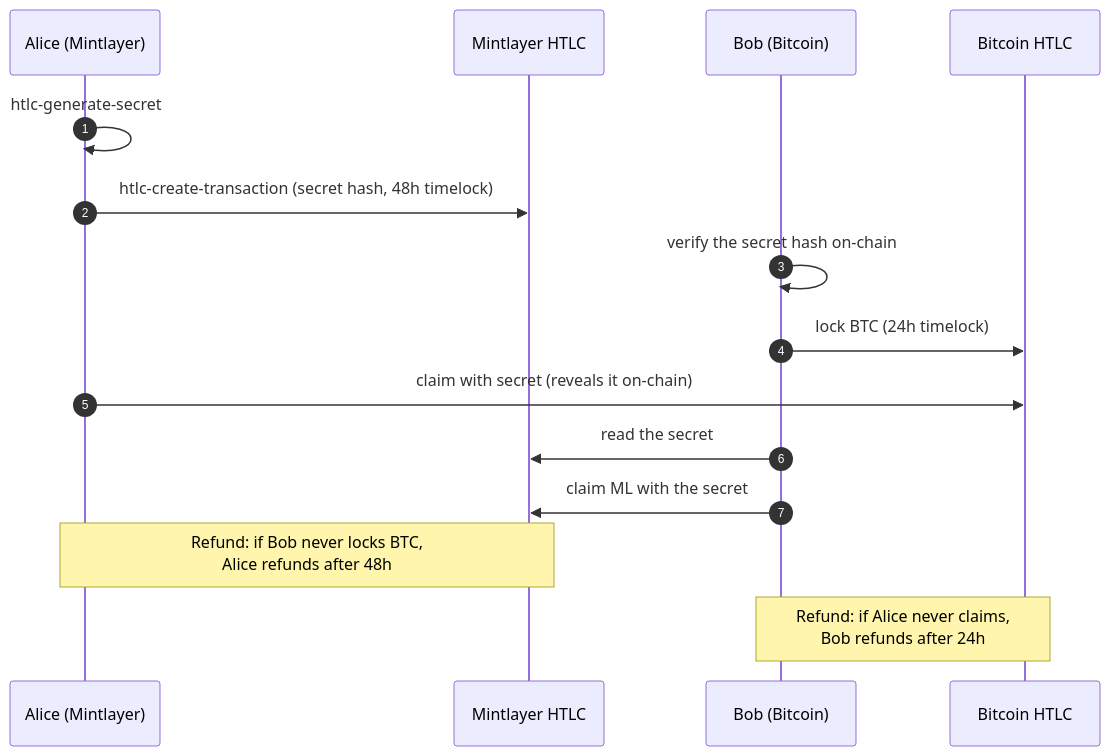
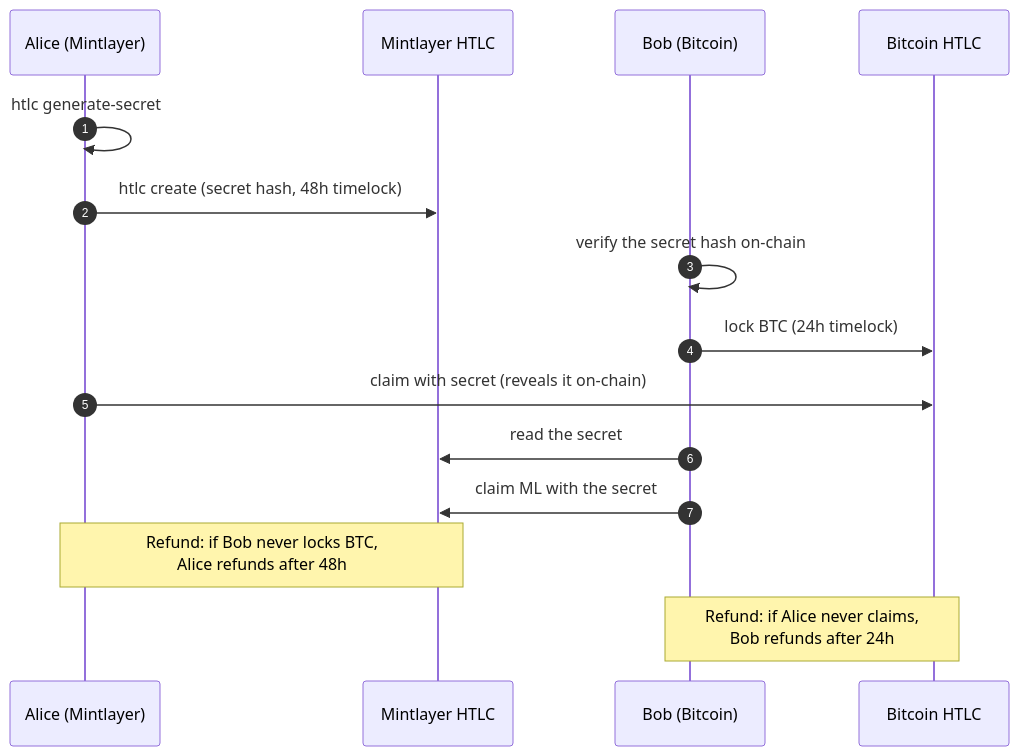
One commit to mintlayer/mintlayer-docs changed the diagram in docs/guides/cli/atomic-swap-with-bitcoin.md. Above: the diagram before and after it, drawn with Mermaid. The commit also changed other lines of this file and 194 other files, not shown here.

````diff
--- a/docs/guides/cli/atomic-swap-with-bitcoin.md
+++ b/docs/guides/cli/atomic-swap-with-bitcoin.md
@@ -55,19 +55,19 @@
 ```mermaid
 sequenceDiagram
     autonumber
     participant A as Alice (Mintlayer)
     participant ML as Mintlayer HTLC
     participant B as Bob (Bitcoin)
     participant BTC as Bitcoin HTLC
 
-    A->>A: htlc-generate-secret
-    A->>ML: htlc-create-transaction (secret hash, 48h timelock)
+    A->>A: htlc generate-secret
+    A->>ML: htlc create (secret hash, 48h timelock)
     B->>B: verify the secret hash on-chain
     B->>BTC: lock BTC (24h timelock)
     A->>BTC: claim with secret (reveals it on-chain)
     B->>ML: read the secret
     B->>ML: claim ML with the secret
 
     Note over A,ML: Refund: if Bob never locks BTC,<br/>Alice refunds after 48h
     Note over B,BTC: Refund: if Alice never claims,<br/>Bob refunds after 24h
 ```
````
